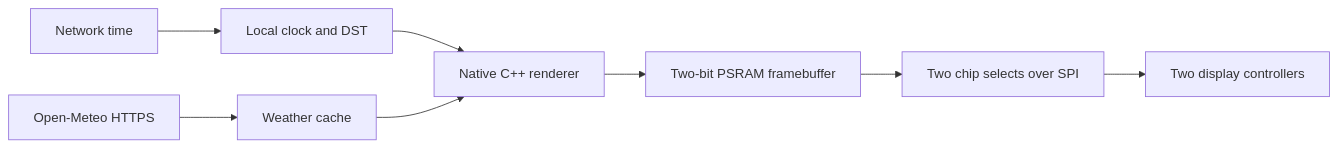
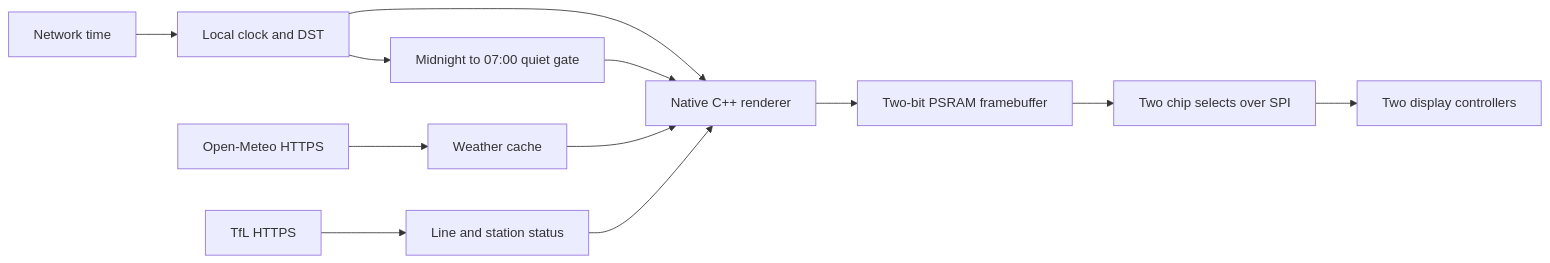
The diagram in README.md (alex-kharlamov/esp32-s3-epaper-dashboard), drawn with Mermaid before and after one commit. The commit also changed other lines of this file and 54 other files, not shown here.

````diff
--- a/README.md
+++ b/README.md
@@ -80,10 +84,14 @@
 ```mermaid
 flowchart LR
     NTP[Network time] --> Clock[Local clock and DST]
     API[Open-Meteo HTTPS] --> Cache[Weather cache]
+    TfL[TfL HTTPS] --> Transport[Line and station status]
     Clock --> Renderer[Native C++ renderer]
     Cache --> Renderer
+    Transport --> Renderer
+    Clock --> Quiet[Midnight to 07:00 quiet gate]
+    Quiet --> Renderer
     Renderer --> Frame[Two-bit PSRAM framebuffer]
     Frame --> SPI[Two chip selects over SPI]
     SPI --> Panel[Two display controllers]
 ```
````
